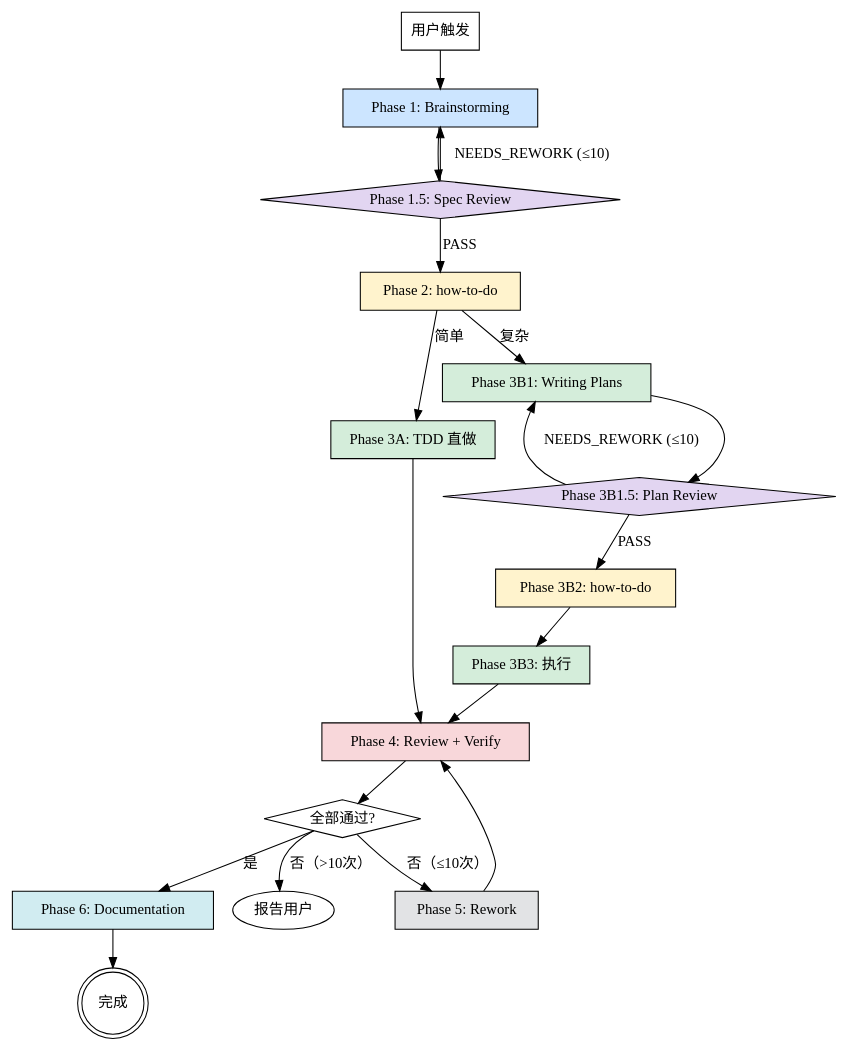
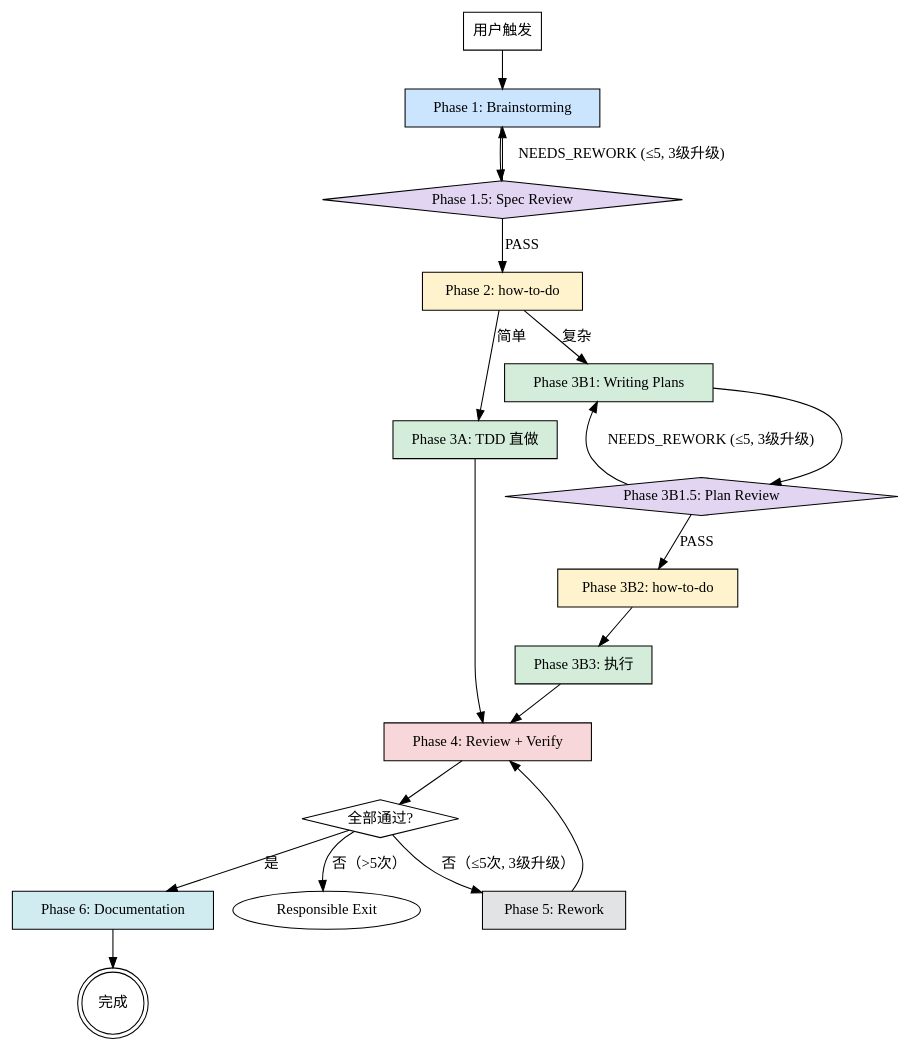
Before and after one commit to CodingTheDream/full-workflow-skill: the diagram in skills/full-workflow/SKILL.md, drawn with Graphviz. The commit also changed other lines of this file and 5 other files, not shown here.

````diff
--- a/skills/full-workflow/SKILL.md
+++ b/skills/full-workflow/SKILL.md
@@ -23,43 +23,43 @@
 ```dot
 digraph full_workflow {
     rankdir=TB;
 
     "用户触发" [shape=box];
     "Phase 1: Brainstorming" [shape=box style=filled fillcolor="#cce5ff"];
     "Phase 1.5: Spec Review" [shape=diamond style=filled fillcolor="#e2d5f1"];
     "Phase 2: how-to-do" [shape=box style=filled fillcolor="#fff3cd"];
     "Phase 3A: TDD 直做" [shape=box style=filled fillcolor="#d4edda"];
     "Phase 3B1: Writing Plans" [shape=box style=filled fillcolor="#d4edda"];
     "Phase 3B1.5: Plan Review" [shape=diamond style=filled fillcolor="#e2d5f1"];
     "Phase 3B2: how-to-do" [shape=box style=filled fillcolor="#fff3cd"];
     "Phase 3B3: 执行" [shape=box style=filled fillcolor="#d4edda"];
     "Phase 4: Review + Verify" [shape=box style=filled fillcolor="#f8d7da"];
     "全部通过?" [shape=diamond];
     "Phase 5: Rework" [shape=box style=filled fillcolor="#e2e3e5"];
     "Phase 6: Documentation" [shape=box style=filled fillcolor="#d1ecf1"];
     "完成" [shape=doublecircle];
 
     "用户触发" -> "Phase 1: Brainstorming";
     "Phase 1: Brainstorming" -> "Phase 1.5: Spec Review";
-    "Phase 1.5: Spec Review" -> "Phase 1: Brainstorming" [label="NEEDS_REWORK (≤10)"];
+    "Phase 1.5: Spec Review" -> "Phase 1: Brainstorming" [label="NEEDS_REWORK (≤5, 3级升级)"];
     "Phase 1.5: Spec Review" -> "Phase 2: how-to-do" [label="PASS"];
 
     "Phase 2: how-to-do" -> "Phase 3A: TDD 直做" [label="简单"];
     "Phase 2: how-to-do" -> "Phase 3B1: Writing Plans" [label="复杂"];
 
     "Phase 3A: TDD 直做" -> "Phase 4: Review + Verify";
 
     "Phase 3B1: Writing Plans" -> "Phase 3B1.5: Plan Review";
-    "Phase 3B1.5: Plan Review" -> "Phase 3B1: Writing Plans" [label="NEEDS_REWORK (≤10)"];
+    "Phase 3B1.5: Plan Review" -> "Phase 3B1: Writing Plans" [label="NEEDS_REWORK (≤5, 3级升级)"];
     "Phase 3B1.5: Plan Review" -> "Phase 3B2: how-to-do" [label="PASS"];
     "Phase 3B2: how-to-do" -> "Phase 3B3: 执行";
     "Phase 3B3: 执行" -> "Phase 4: Review + Verify";
 
     "Phase 4: Review + Verify" -> "全部通过?";
-    "全部通过?" -> "Phase 5: Rework" [label="否（≤10次）"];
+    "全部通过?" -> "Phase 5: Rework" [label="否（≤5次, 3级升级）"];
     "Phase 5: Rework" -> "Phase 4: Review + Verify";
     "全部通过?" -> "Phase 6: Documentation" [label="是"];
-    "全部通过?" -> "报告用户" [label="否（>10次）"];
+    "全部通过?" -> "Responsible Exit" [label="否（>5次）"];
     "Phase 6: Documentation" -> "完成";
 }
 ```
````
